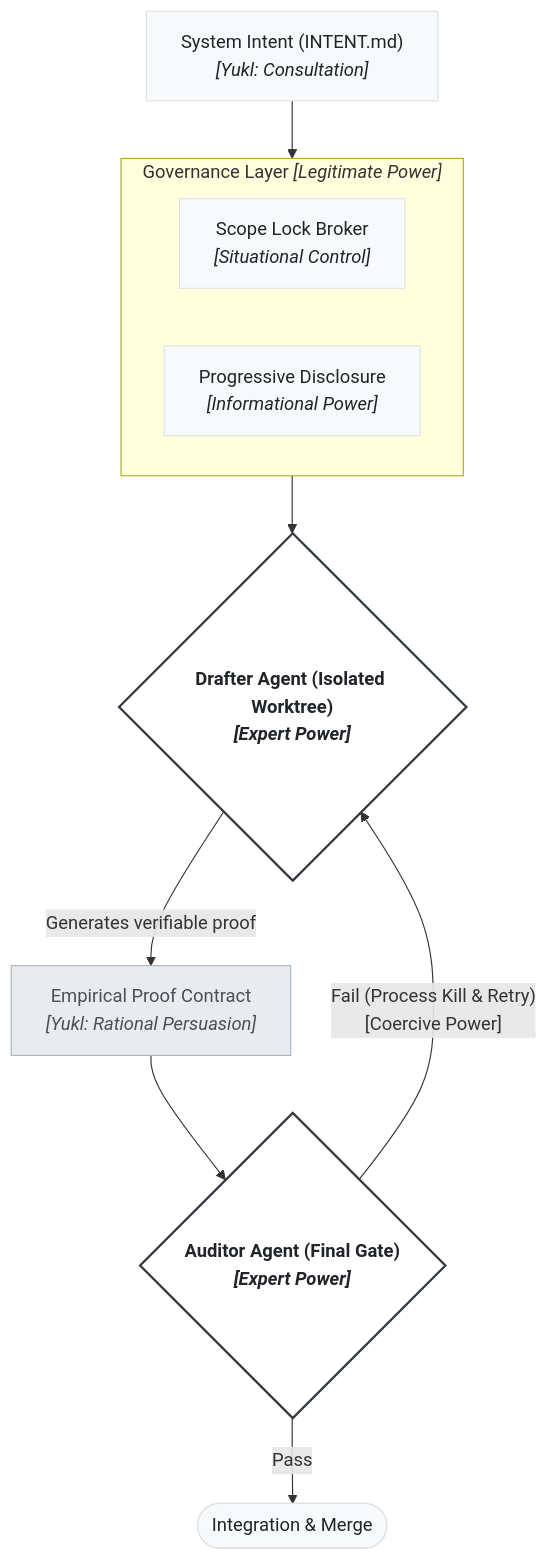
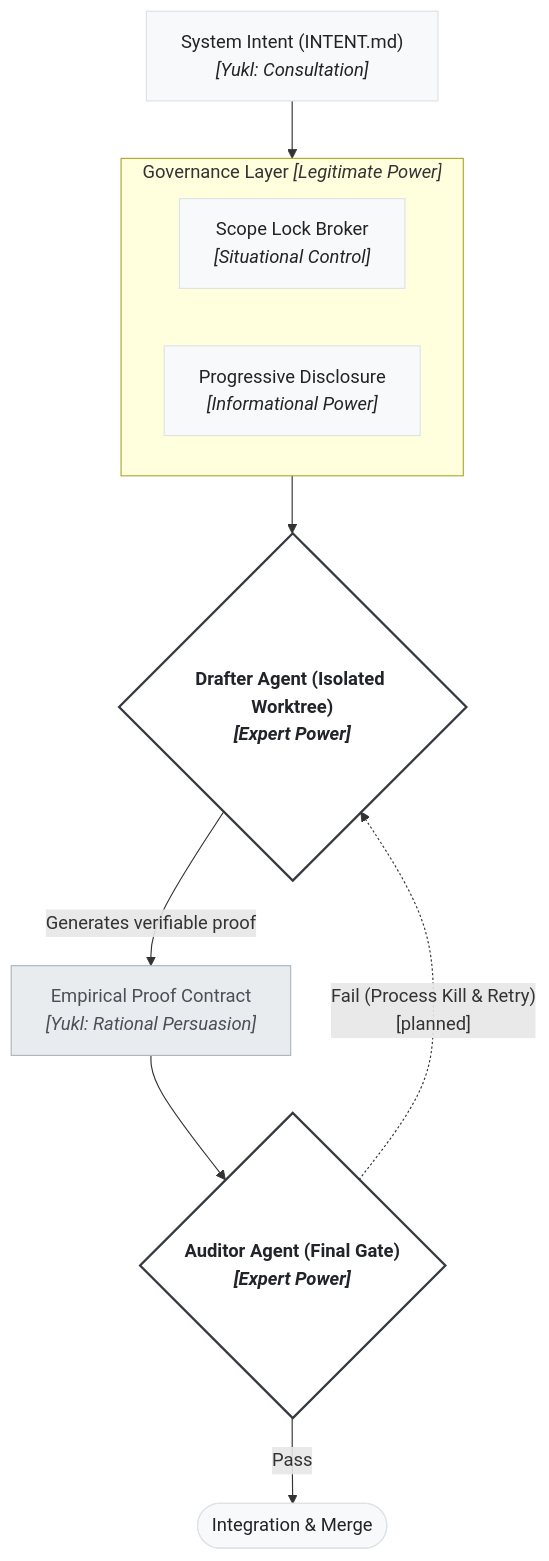
Before and after one commit to threelittlerunes/yukl-os: the second of 2 diagrams in README.md, drawn with Mermaid. The commit also changed other lines of this file and 5 other files, not shown here.

````diff
--- a/README.md
+++ b/README.md
@@ -80,29 +80,29 @@
 ```mermaid
 flowchart TD
     classDef default fill:#f8f9fa,stroke:#dee2e6,stroke-width:1px,color:#212529;
     classDef agent fill:#ffffff,stroke:#343a40,stroke-width:2px,color:#212529,font-weight:bold;
     classDef contract fill:#e9ecef,stroke:#adb5bd,stroke-width:1px,color:#495057;
 
     Intent["System Intent (INTENT.md)<br/><i>[Yukl: Consultation]</i>"]
     
     subgraph Governance ["Governance Layer <i>[Legitimate Power]</i>"]
         Scope["Scope Lock Broker<br/><i>[Situational Control]</i>"]
         Rules["Progressive Disclosure<br/><i>[Informational Power]</i>"]
     end
     
     Drafter{"Drafter Agent (Isolated Worktree)<br/><i>[Expert Power]</i>"}:::agent
     
     Contract["Empirical Proof Contract<br/><i>[Yukl: Rational Persuasion]</i>"]:::contract
     
     Auditor{"Auditor Agent (Final Gate)<br/><i>[Expert Power]</i>"}:::agent
     
     Merge(["Integration & Merge"])
     
     Intent --> Governance
     Governance --> Drafter
     Drafter -->|Generates verifiable proof| Contract
     Contract --> Auditor
     
     Auditor -->|Pass| Merge
-    Auditor -- "Fail (Process Kill & Retry)<br/>[Coercive Power]" --> Drafter
+    Auditor -. "Fail (Process Kill & Retry)<br/>[planned]" .-> Drafter
 ```
````
